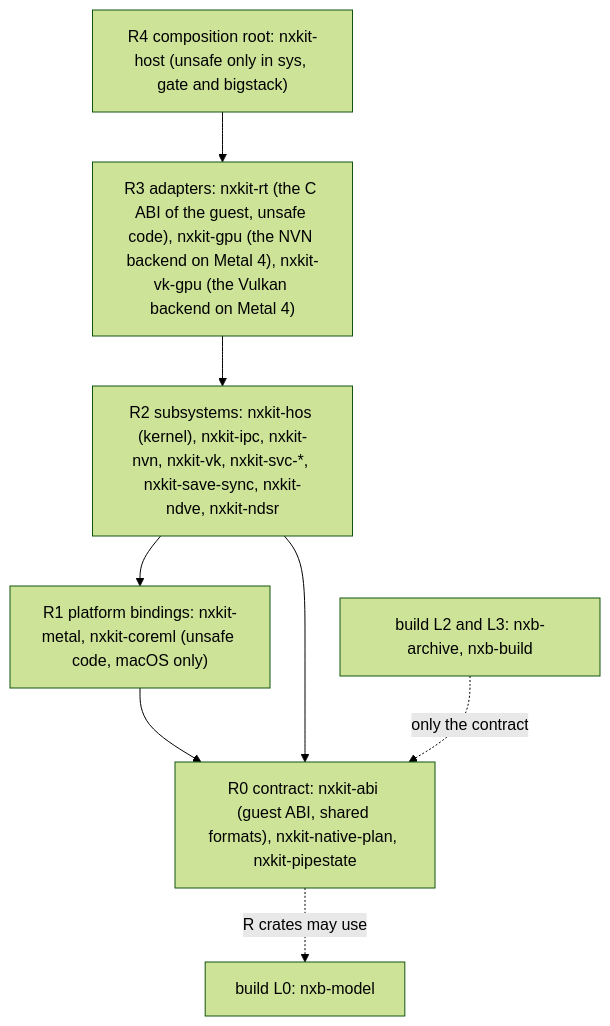
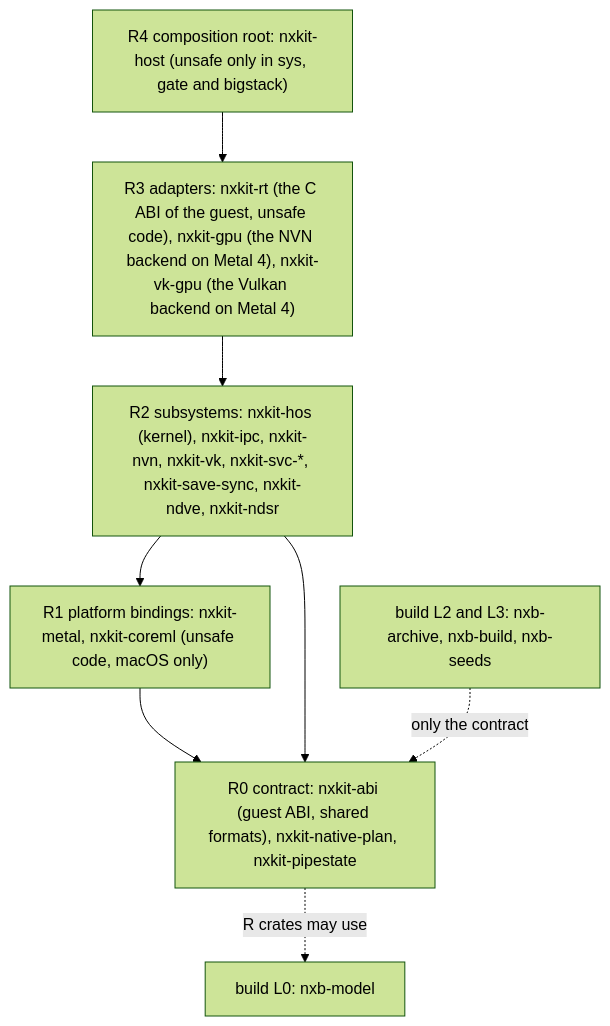
The second of 3 diagrams in docs/architecture.md (b4f8abbb24dbf56a7d0280f296e16eeb/nxkit), drawn with Mermaid (forest theme) before and after one commit. The commit also changed other lines of this file and 4 other files, not shown here.

````diff
--- a/docs/architecture.md
+++ b/docs/architecture.md
@@ -41,12 +41,12 @@
 ```mermaid
 flowchart TD
   R4["R4 composition root: nxkit-host (unsafe only in sys, gate and bigstack)"]
   R3["R3 adapters: nxkit-rt (the C ABI of the guest, unsafe code), nxkit-gpu (the NVN backend on Metal 4), nxkit-vk-gpu (the Vulkan backend on Metal 4)"]
   R2["R2 subsystems: nxkit-hos (kernel), nxkit-ipc, nxkit-nvn, nxkit-vk, nxkit-svc-*, nxkit-save-sync, nxkit-ndve, nxkit-ndsr"]
   R1["R1 platform bindings: nxkit-metal, nxkit-coreml (unsafe code, macOS only)"]
   R0["R0 contract: nxkit-abi (guest ABI, shared formats), nxkit-native-plan, nxkit-pipestate"]
   R4 --> R3 --> R2 --> R1 --> R0
   R2 --> R0
   R0 -.->|R crates may use| BL0["build L0: nxb-model"]
-  BL3["build L2 and L3: nxb-archive, nxb-build"] -.->|only the contract| R0
+  BL3["build L2 and L3: nxb-archive, nxb-build, nxb-seeds"] -.->|only the contract| R0
 ```
````
